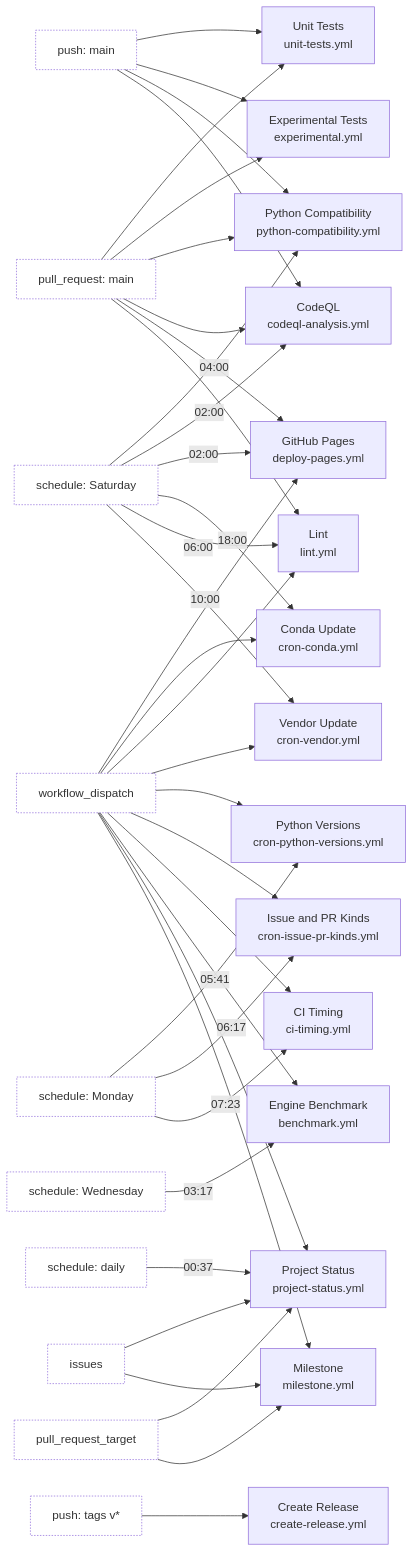
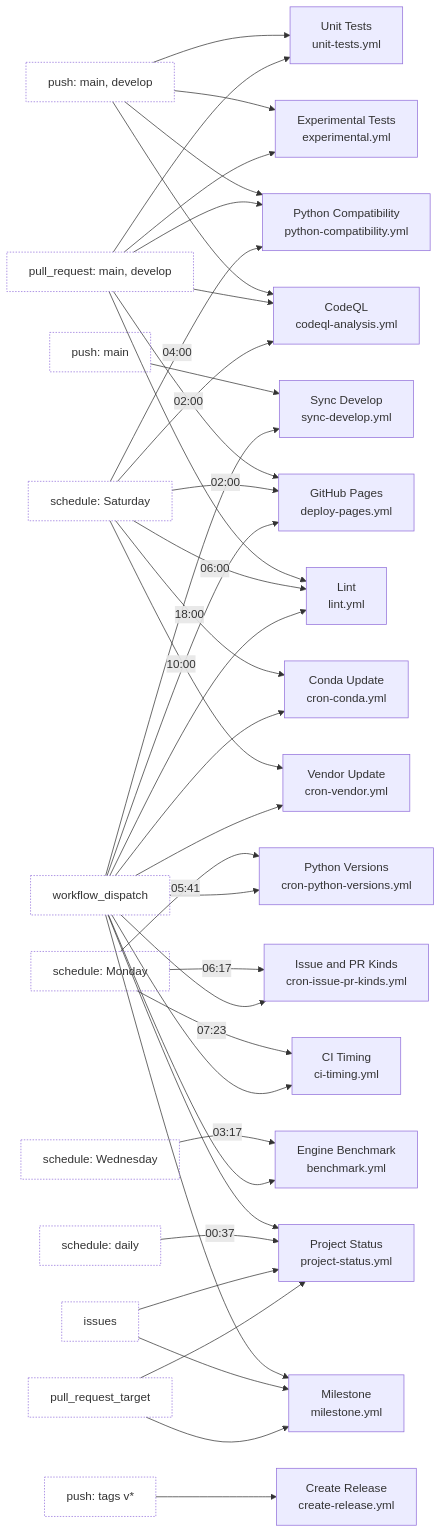
Before and after one commit to JarryShaw/PyPCAPKit: the first of 6 diagrams in docs/source/contributing/workflows.rst, drawn with Mermaid. The commit also changed other lines of this file and 25 other files, not shown here.

```diff
--- a/docs/source/contributing/workflows.rst
+++ b/docs/source/contributing/workflows.rst
@@ -170,8 +186,9 @@
 .. mermaid::
 
    flowchart LR
-       PUSH["push: main"]
-       PR["pull_request: main"]
+       PUSH["push: main, develop"]
+       PUSHMAIN["push: main"]
+       PR["pull_request: main, develop"]
        SAT["schedule: Saturday"]
        MON["schedule: Monday"]
        WED["schedule: Wednesday"]
@@ -193,6 +210,7 @@
        IK["Issue and PR Kinds<br/>cron-issue-pr-kinds.yml"]
        CT["CI Timing<br/>ci-timing.yml"]
        BM["Engine Benchmark<br/>benchmark.yml"]
+       SD["Sync Develop<br/>sync-develop.yml"]
        PS["Project Status<br/>project-status.yml"]
        MS["Milestone<br/>milestone.yml"]
        CR["Create Release<br/>create-release.yml"]
@@ -237,6 +255,9 @@
        WED -->|03:17| BM
        DISPATCH --> BM
 
+       PUSHMAIN --> SD
+       DISPATCH --> SD
+
        DISPATCH --> PS
        DAILY -->|00:37| PS
        ISSUES --> PS
@@ -249,4 +270,4 @@
        TAG --> CR
 
        classDef trig fill:none,stroke-dasharray:2 2
-       class PUSH,PR,SAT,MON,WED,DISPATCH,DAILY,ISSUES,PRT,TAG trig
+       class PUSH,PUSHMAIN,PR,SAT,MON,WED,DISPATCH,DAILY,ISSUES,PRT,TAG trig
```
